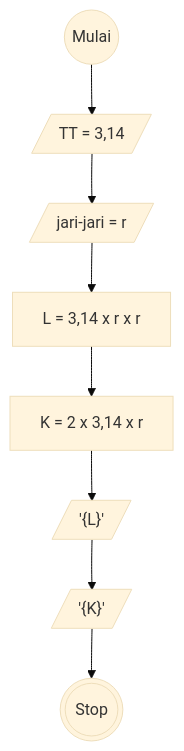
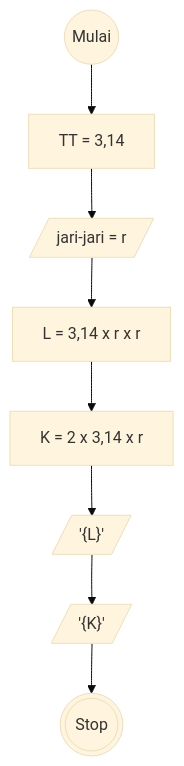
Before and after one commit to MuhamadRafliShidiq/koda-b8-algoritma: the diagram in luas-dan-keliling.md, drawn with Mermaid (base theme).

````diff
--- a/luas-dan-keliling.md
+++ b/luas-dan-keliling.md
@@ -21,22 +21,22 @@
 ```mermaid
 
     flowchart TD
 
     a@{ shape: circle, label: "Mulai" }
-    b@{ shape: lean-r, label: "TT = 3,14" }
+    b@{ shape: rect, label: "TT = 3,14" }
     c@{ shape: lean-r, label: " jari-jari = r" }
     d@{ shape: rect, label: "L = 3,14 x r x r " }
     e@{ shape: rect, label: "K = 2 x 3,14 x r " }
     f@{ shape: lean-r, label: "'{L}'" }
     g@{ shape: lean-r, label: "'{K}'" }
     h@{ shape: dbl-circ, label: "Stop" }
 
     a --> b
     b --> c
     c --> d
     d --> e
     e --> f
     f --> g
     g --> h
 
 ```
````
